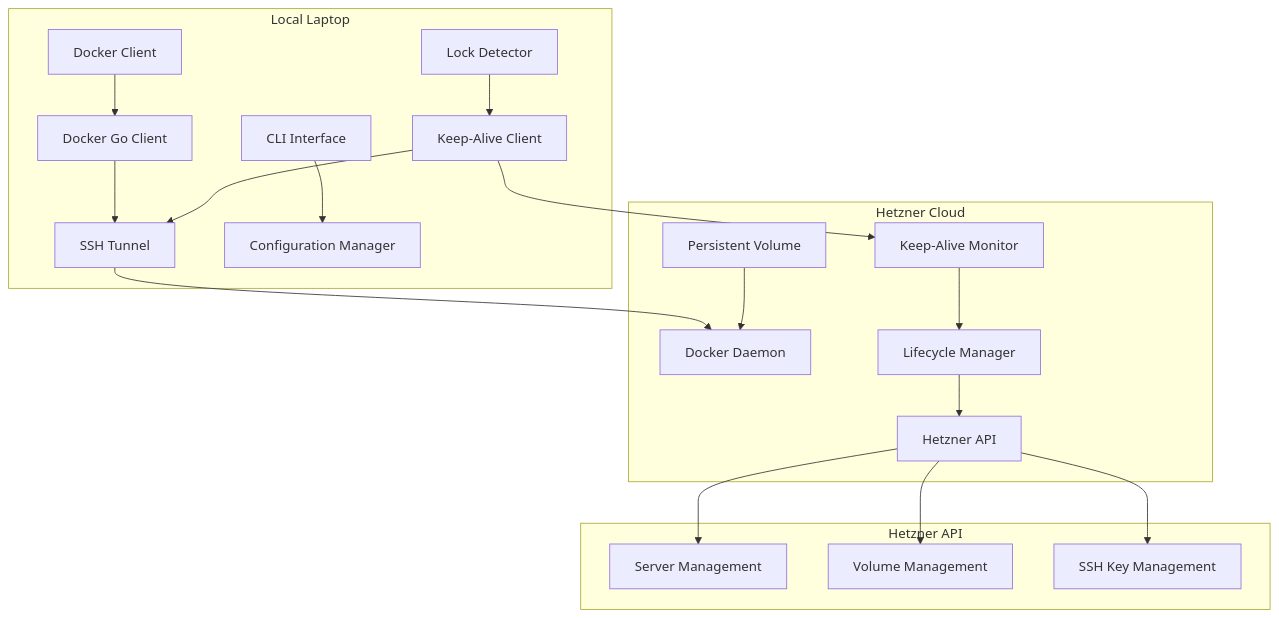
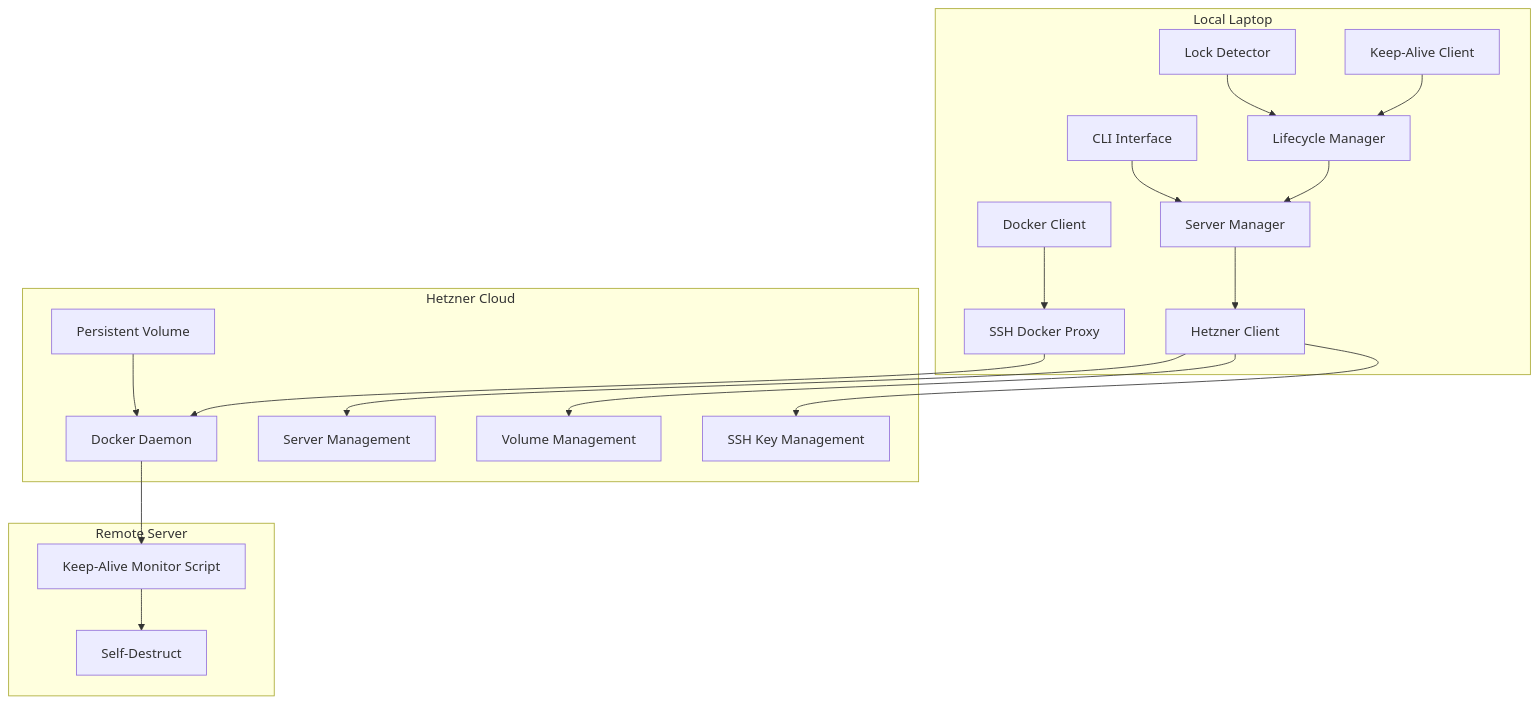
The first of 2 diagrams in .kiro/specs/dockbridge/design.md (Max-Levitskiy/DockBridge), drawn with Mermaid before and after one commit. The commit also changed other lines of this file and 22 other files, not shown here.

First line of the commit message:
fix: resolve race condition in Docker client manager and improve architecture

````diff
--- a/.kiro/specs/dockbridge/design.md
+++ b/.kiro/specs/dockbridge/design.md
@@ -14,24 +14,24 @@
 ```mermaid
 graph TB
     subgraph "Local Laptop"
-        DC[Docker Client] --> DGC[Docker Go Client]
-        DGC --> SSH[SSH Tunnel]
-        CLI[CLI Interface] --> CM[Configuration Manager]
-        LD[Lock Detector] --> KAC[Keep-Alive Client]
-        KAC --> SSH
+        DC[Docker Client] --> SDP[SSH Docker Proxy]
+        CLI[CLI Interface] --> SM[Server Manager]
+        LD[Lock Detector] --> LM[Lifecycle Manager]
+        KAC[Keep-Alive Client] --> LM
+        SM --> HC[Hetzner Client]
+        LM --> SM
     end
     
     subgraph "Hetzner Cloud"
-        SSH --> DD[Docker Daemon]
-        KAC --> KAM[Keep-Alive Monitor]
-        KAM --> LM[Lifecycle Manager]
-        LM --> HA[Hetzner API]
+        SDP --> DD[Docker Daemon]
+        HC --> SRV[Server Management]
+        HC --> VOL[Volume Management]
+        HC --> KEY[SSH Key Management]
         PV[Persistent Volume] --> DD
     end
     
-    subgraph "Hetzner API"
-        HA --> SRV[Server Management]
-        HA --> VOL[Volume Management]
-        HA --> KEY[SSH Key Management]
+    subgraph "Remote Server"
+        DD --> KAM[Keep-Alive Monitor Script]
+        KAM --> SD[Self-Destruct]
     end
 ```
````
